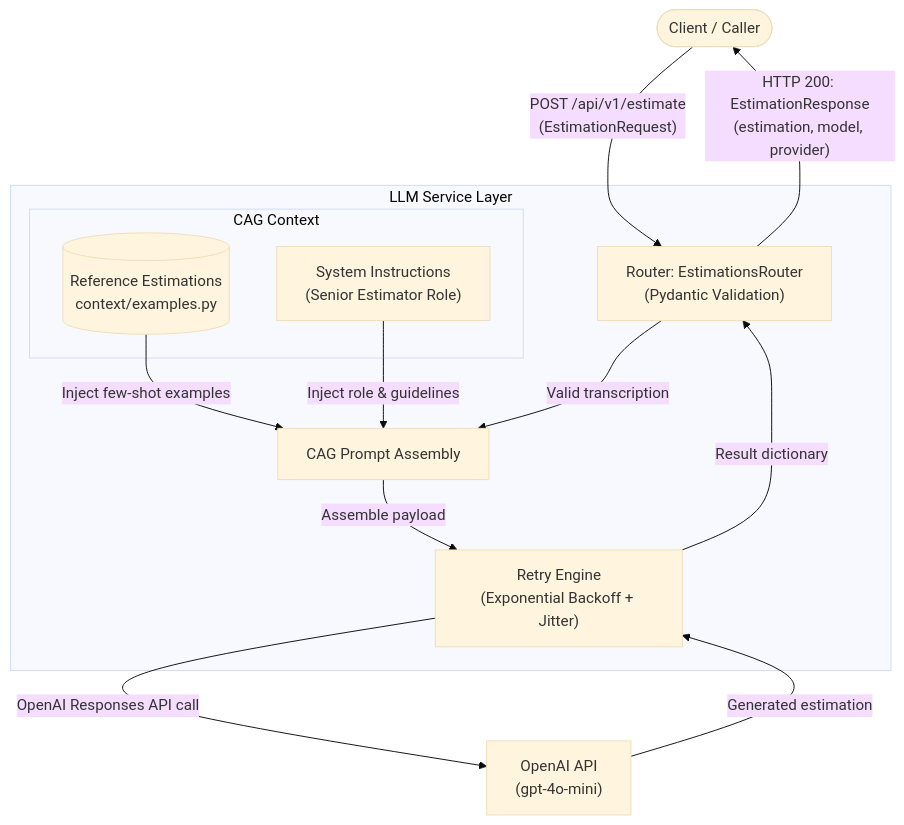
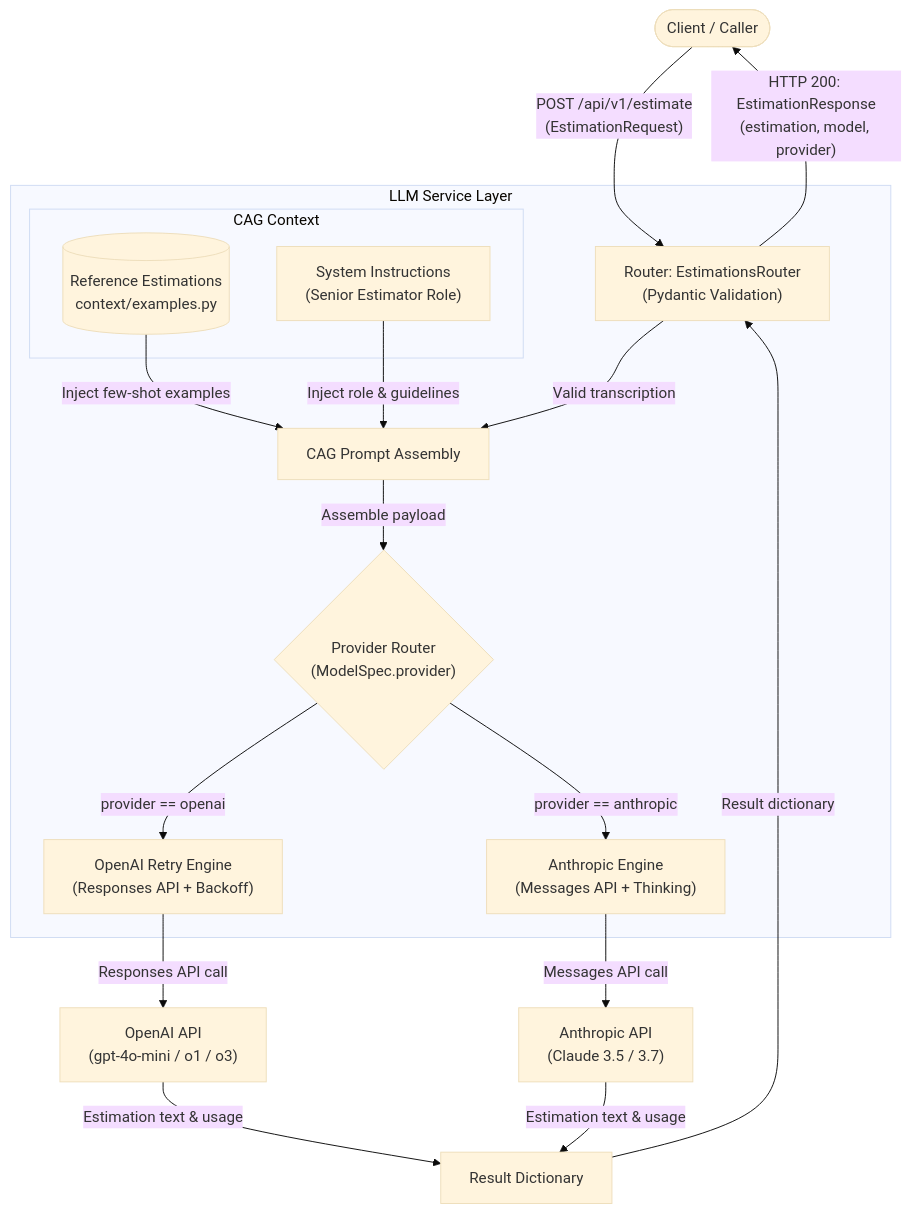
Before and after one commit to NestorDR/aie-estimator: the diagram in README.md, drawn with Mermaid (base theme). The commit also changed other lines of this file and 26 other files, not shown here.

Commit message:
Improve schema validation for LLM requests. Add model catalog support, structured log, and docs.

````diff
--- a/README.md
+++ b/README.md
@@ -24,22 +24,28 @@
 ```mermaid
 flowchart TD
     Client(["Client / Caller"]) -->|"POST /api/v1/estimate\n(EstimationRequest)"| Router["Router: EstimationsRouter\n(Pydantic Validation)"]
 
     subgraph ServiceLayer ["LLM Service Layer"]
         Router -->|"Valid transcription"| PromptBuilder["CAG Prompt Assembly"]
 
         subgraph ContextStore ["CAG Context"]
             Examples[("Reference Estimations\ncontext/examples.py")]
             Role["System Instructions\n(Senior Estimator Role)"]
         end
 
         Examples -->|"Inject few-shot examples"| PromptBuilder
         Role -->|"Inject role & guidelines"| PromptBuilder
-        PromptBuilder -->|"Assemble payload"| RetryEngine["Retry Engine\n(Exponential Backoff + Jitter)"]
+        PromptBuilder -->|"Assemble payload"| ProviderRouter{"Provider Router\n(ModelSpec.provider)"}
+
+        ProviderRouter -->|"provider == openai"| RetryEngine["OpenAI Retry Engine\n(Responses API + Backoff)"]
+        ProviderRouter -->|"provider == anthropic"| AnthropicEngine["Anthropic Engine\n(Messages API + Thinking)"]
     end
 
-    RetryEngine -->|"OpenAI Responses API call"| Provider["OpenAI API\n(gpt-4o-mini)"]
-    Provider -->|"Generated estimation"| RetryEngine
-    RetryEngine -->|"Result dictionary"| Router
+    RetryEngine -->|"Responses API call"| OpenAI["OpenAI API\n(gpt-4o-mini / o1 / o3)"]
+    AnthropicEngine -->|"Messages API call"| Anthropic["Anthropic API\n(Claude 3.5 / 3.7)"]
+
+    OpenAI -->|"Estimation text & usage"| ServiceOutput["Result Dictionary"]
+    Anthropic -->|"Estimation text & usage"| ServiceOutput
+    ServiceOutput -->|"Result dictionary"| Router
     Router -->|"HTTP 200: EstimationResponse\n(estimation, model, provider)"| Client
 ```
````
